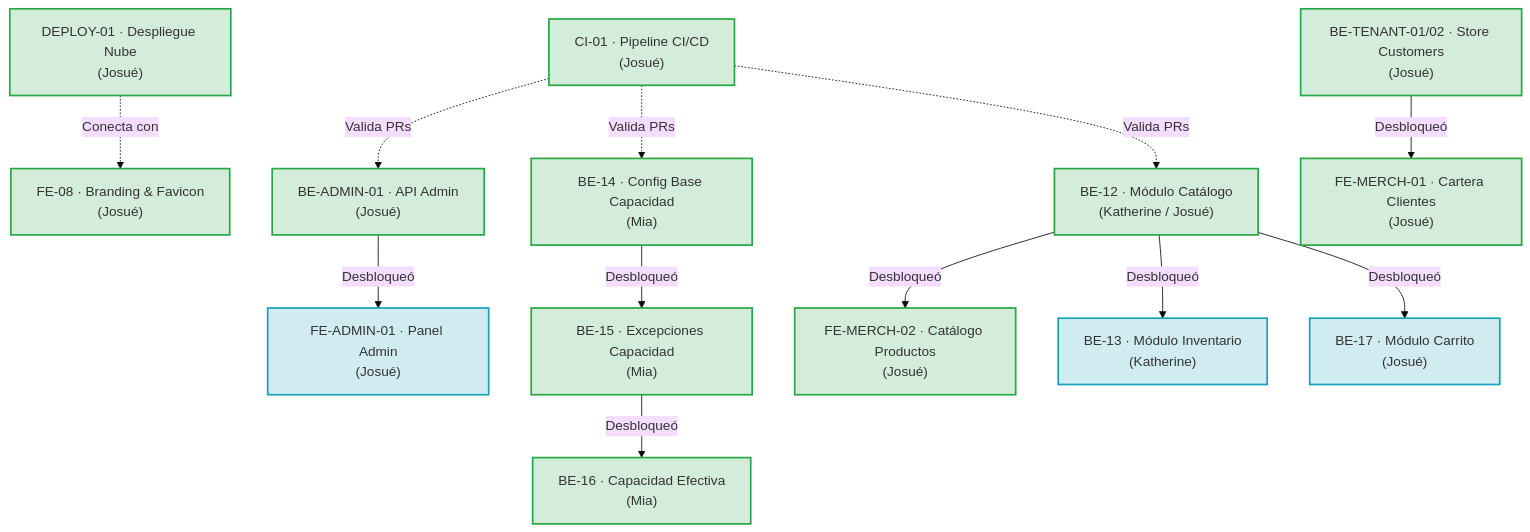
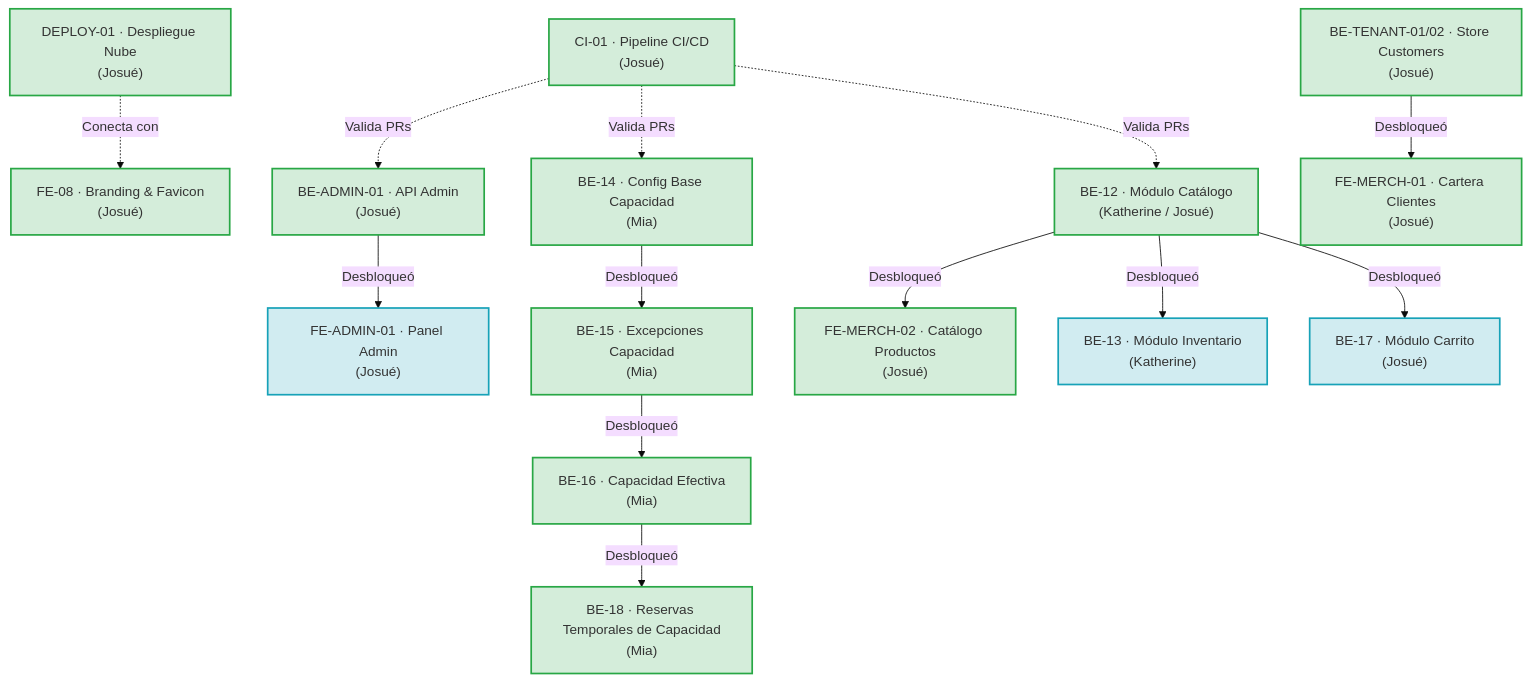
One commit to iJosueeh/jaldishop changed the second of 2 diagrams in docs/06-scrum/sprint-03.md. Above: the diagram before and after it, drawn with Mermaid (base theme). The commit also changed other lines of this file and 34 other files, not shown here.

````diff
--- a/docs/06-scrum/sprint-03.md
+++ b/docs/06-scrum/sprint-03.md
@@ -463,34 +498,36 @@
 ```mermaid
 graph TD
     classDef done fill:#d4edda,stroke:#28a745,stroke-width:2px;
     classDef progress fill:#d1ecf1,stroke:#17a2b8,stroke-width:2px;
     classDef review fill:#fff3cd,stroke:#ffc107,stroke-width:2px;
     classDef locked fill:#f8d7da,stroke:#dc3545,stroke-width:1px,stroke-dasharray: 5 5;
 
     CI01["CI-01 · Pipeline CI/CD<br/>(Josué)"]:::done
     DEPLOY01["DEPLOY-01 · Despliegue Nube<br/>(Josué)"]:::done
     FE08["FE-08 · Branding & Favicon<br/>(Josué)"]:::done
     BEADMIN01["BE-ADMIN-01 · API Admin<br/>(Josué)"]:::done
     FEADMIN01["FE-ADMIN-01 · Panel Admin<br/>(Josué)"]:::progress
     BE14["BE-14 · Config Base Capacidad<br/>(Mia)"]:::done
     BE15["BE-15 · Excepciones Capacidad<br/>(Mia)"]:::done
     BE16["BE-16 · Capacidad Efectiva<br/>(Mia)"]:::done
+    BE18["BE-18 · Reservas Temporales de Capacidad<br/>(Mia)"]:::done
     BE12["BE-12 · Módulo Catálogo<br/>(Katherine / Josué)"]:::done
     BETENANT01["BE-TENANT-01/02 · Store Customers<br/>(Josué)"]:::done
     FEMERCH01["FE-MERCH-01 · Cartera Clientes<br/>(Josué)"]:::done
     FEMERCH02["FE-MERCH-02 · Catálogo Productos<br/>(Josué)"]:::done
     BE13["BE-13 · Módulo Inventario<br/>(Katherine)"]:::progress
     BE17["BE-17 · Módulo Carrito<br/>(Josué)"]:::progress
 
     CI01 -. Valida PRs .-> BE12
     CI01 -. Valida PRs .-> BE14
     CI01 -. Valida PRs .-> BEADMIN01
     DEPLOY01 -. Conecta con .-> FE08
     BEADMIN01 -->|Desbloqueó| FEADMIN01
     BE14 -->|Desbloqueó| BE15
     BE15 -->|Desbloqueó| BE16
+    BE16 -->|Desbloqueó| BE18
     BE12 -->|Desbloqueó| BE13
     BE12 -->|Desbloqueó| BE17
     BE12 -->|Desbloqueó| FEMERCH02
     BETENANT01 -->|Desbloqueó| FEMERCH01
 ```
````
